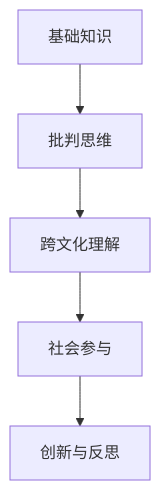
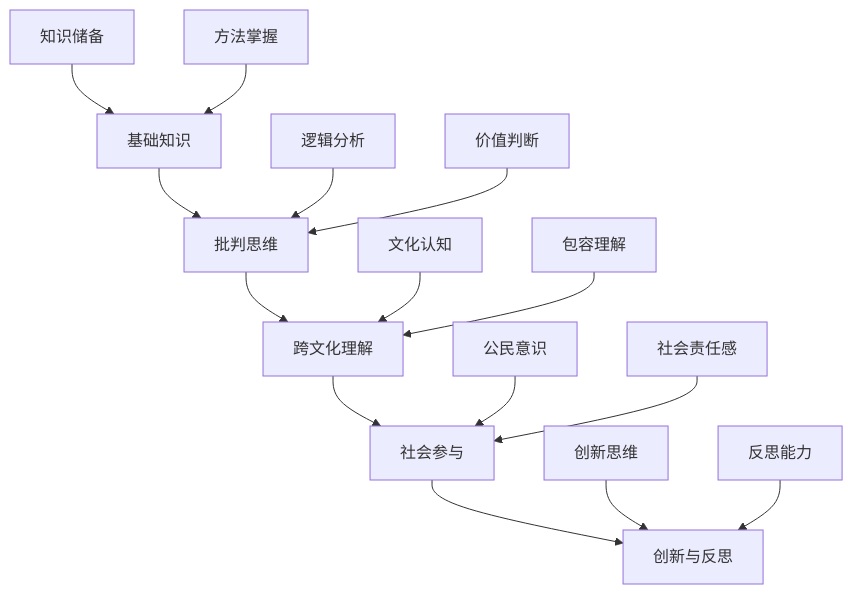
Before and after one commit to AdaMartin18010/SeniorEnducation: the tenth of 13 diagrams in 02-核心学科理论/04-人文社科整合教育.md, drawn with Mermaid. The commit also changed other lines of this file and 10 other files, not shown here.

````diff
--- a/02-核心学科理论/04-人文社科整合教育.md
+++ b/02-核心学科理论/04-人文社科整合教育.md
@@ -316,7 +571,22 @@
 ```mermaid
 graph TD
     A[基础知识] --> B[批判思维]
     B --> C[跨文化理解]
     C --> D[社会参与]
     D --> E[创新与反思]
+    
+    A1[知识储备] --> A
+    A2[方法掌握] --> A
+    
+    B1[逻辑分析] --> B
+    B2[价值判断] --> B
+    
+    C1[文化认知] --> C
+    C2[包容理解] --> C
+    
+    D1[公民意识] --> D
+    D2[社会责任感] --> D
+    
+    E1[创新思维] --> E
+    E2[反思能力] --> E
 ```
````
